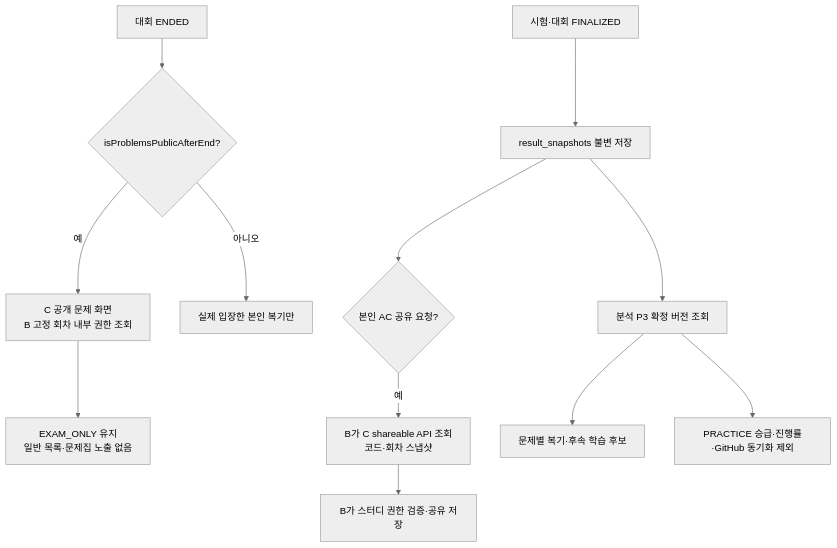
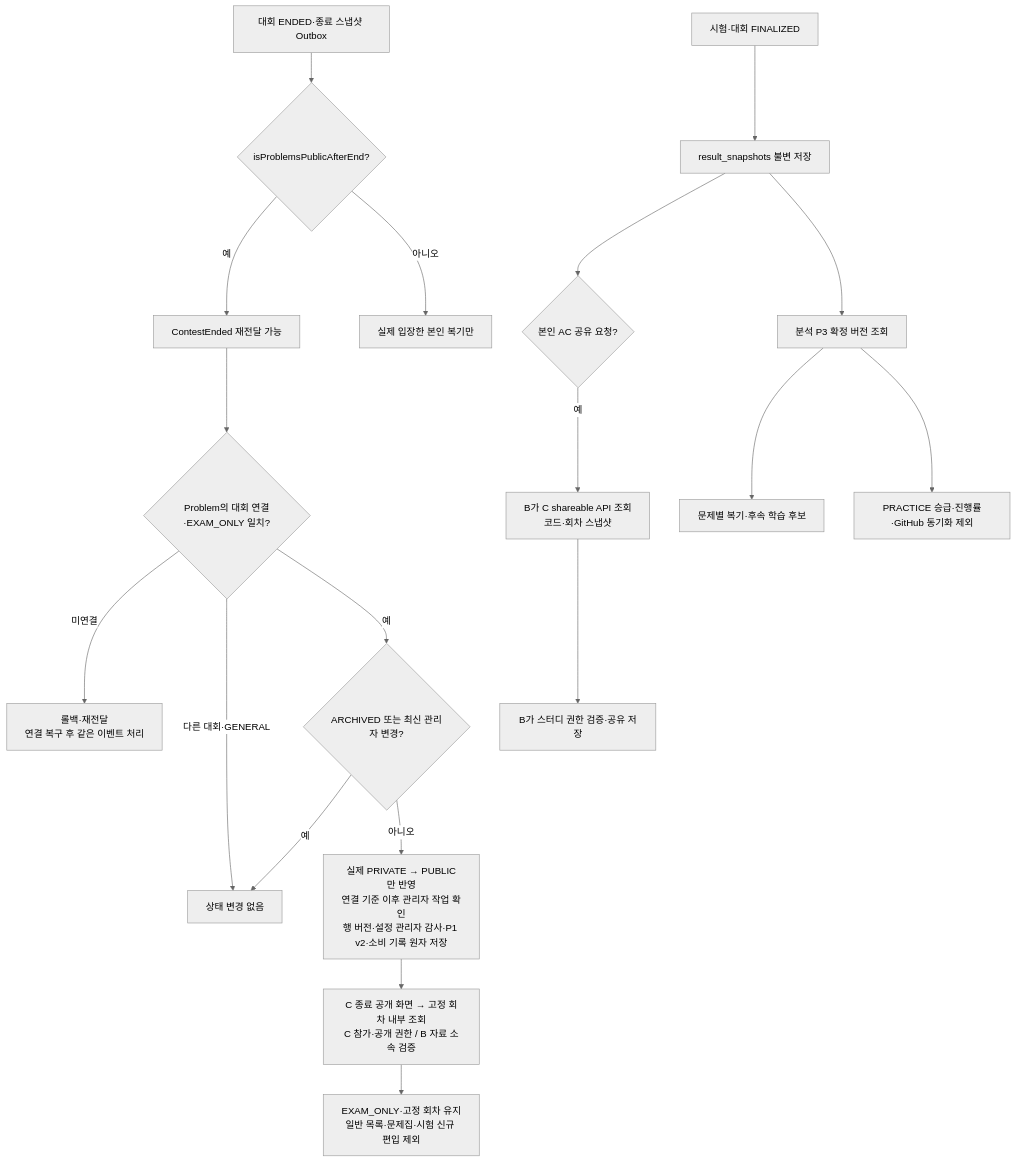
Before and after one commit to Back-To-Back-team-3/re-solve: diagram 34 of 57 in docs/dev/architecture/diagrams.md, drawn with Mermaid (neutral theme). The commit also changed other lines of this file and 6 other files, not shown here.

````diff
--- a/docs/dev/architecture/diagrams.md
+++ b/docs/dev/architecture/diagrams.md
@@ -1066,14 +1081,21 @@
 ```mermaid
 flowchart TD
-    A["대회 ENDED"] --> B{"isProblemsPublicAfterEnd?"}
-    B -->|"예"| C["C 공개 문제 화면<br>B 고정 회차 내부 권한 조회"]
-    B -->|"아니오"| D["실제 입장한 본인 복기만"]
-    C --> E["EXAM_ONLY 유지<br>일반 목록·문제집 노출 없음"]
+    A["대회 ENDED·종료 스냅샷 Outbox"] --> B{"isProblemsPublicAfterEnd?"}
+    B -->|"예"| C["ContestEnded 재전달 가능"]
+    C --> D{"Problem의 대회 연결·EXAM_ONLY 일치?"}
+    D -->|"미연결"| T["롤백·재전달<br>연결 복구 후 같은 이벤트 처리"]
+    D -->|"다른 대회·GENERAL"| X["상태 변경 없음"]
+    D -->|"예"| E{"ARCHIVED 또는 최신 관리자 변경?"}
+    E -->|"예"| X
+    E -->|"아니오"| P["실제 PRIVATE → PUBLIC만 반영<br>연결 기준 이후 관리자 작업 확인<br>행 버전·설정 관리자 감사·P1 v2·소비 기록 원자 저장"]
+    P --> Q["C 종료 공개 화면 → 고정 회차 내부 조회<br>C 참가·공개 권한 / B 자료 소속 검증"]
+    B -->|"아니오"| R["실제 입장한 본인 복기만"]
+    Q --> S["EXAM_ONLY·고정 회차 유지<br>일반 목록·문제집·시험 신규 편입 제외"]
     F["시험·대회 FINALIZED"] --> G["result_snapshots 불변 저장"]
     G --> H{"본인 AC 공유 요청?"}
     H -->|"예"| I["B가 C shareable API 조회<br>코드·회차 스냅샷"]
     I --> J["B가 스터디 권한 검증·공유 저장"]
     G --> K["분석 P3 확정 버전 조회"]
     K --> L["문제별 복기·후속 학습 후보"]
     K --> M["PRACTICE 승급·진행률·GitHub 동기화 제외"]
 ```
````
